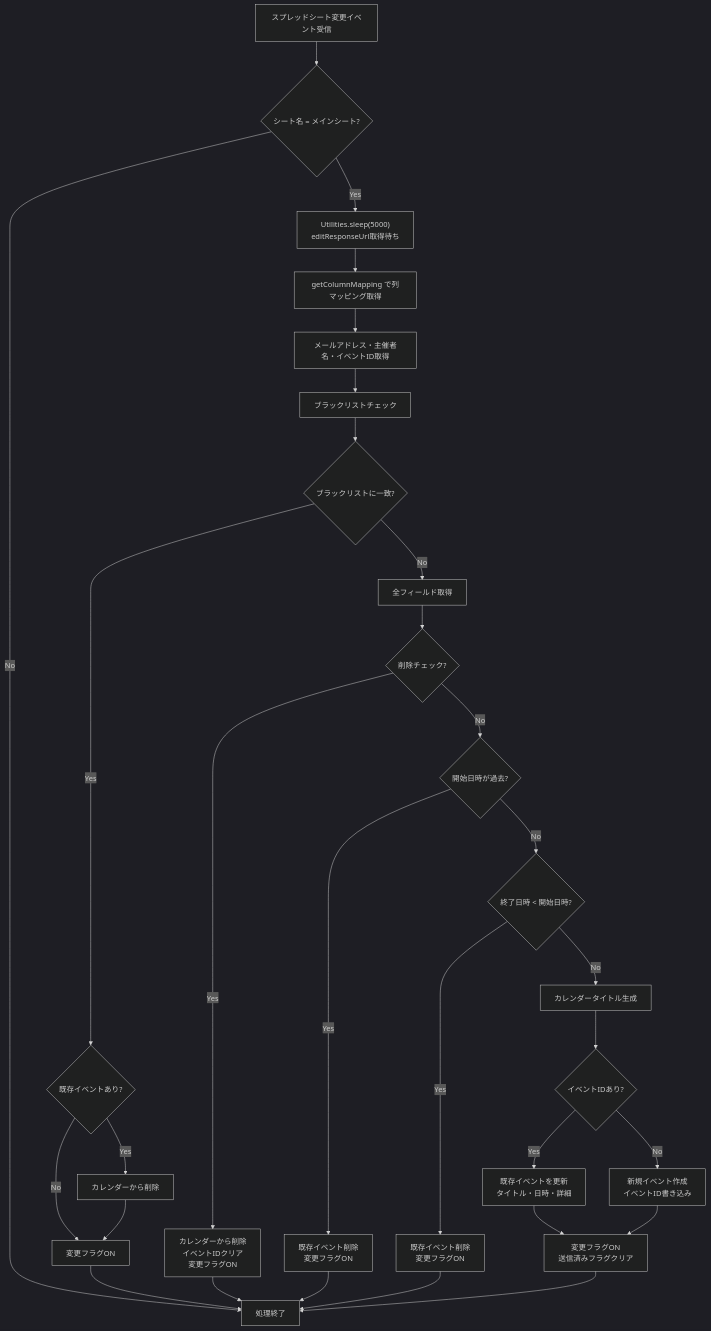
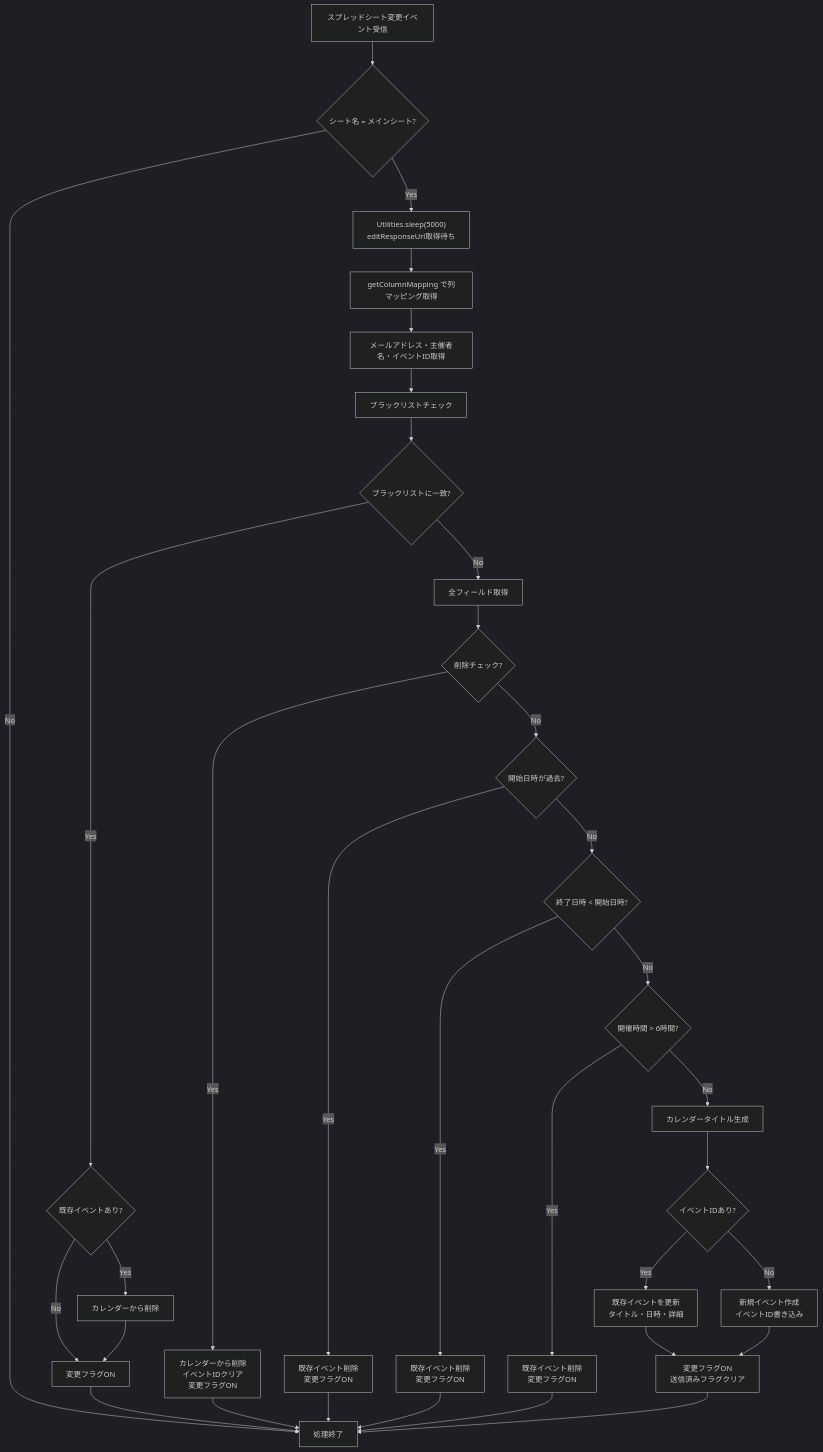
One commit to cuckoo000/vrc-calendar-gas changed the fourth of 7 diagrams in docs/functional-design.md. Above: the diagram before and after it, drawn with Mermaid (dark theme). The commit also changed other lines of this file and 1 other file, not shown here.

Commit message:
feat: 6時間超過イベントのバリデーションチェックを追加
- createOrUpdateCalendarEvent()に6時間超過チェックを追加（逆転チェックの後）
- sendAggregatedEmails()に6時間超過の通知メール分岐を追加
- docs/functional-design.mdにバリデーションルールを反映

````diff
--- a/docs/functional-design.md
+++ b/docs/functional-design.md
@@ -198,37 +198,41 @@
 ```mermaid
 flowchart TD
     A[スプレッドシート変更イベント受信] --> B{シート名 = メインシート?}
     B -->|No| Z[処理終了]
     B -->|Yes| C["Utilities.sleep(5000)\neditResponseUrl取得待ち"]
     C --> D[getColumnMapping で列マッピング取得]
     D --> E[メールアドレス・主催者名・イベントID取得]
     E --> F[ブラックリストチェック]
 
     F --> G{ブラックリストに一致?}
     G -->|Yes| H{既存イベントあり?}
     H -->|Yes| I[カレンダーから削除]
     H -->|No| J[変更フラグON]
     I --> J
     J --> Z
 
     G -->|No| K[全フィールド取得]
     K --> L{削除チェック?}
     L -->|Yes| M[カレンダーから削除\nイベントIDクリア\n変更フラグON]
     M --> Z
 
     L -->|No| N{開始日時が過去?}
     N -->|Yes| O[既存イベント削除\n変更フラグON]
     O --> Z
 
     N -->|No| P{終了日時 < 開始日時?}
     P -->|Yes| Q[既存イベント削除\n変更フラグON]
     Q --> Z
 
-    P -->|No| R[カレンダータイトル生成]
+    P -->|No| P2{開催時間 > 6時間?}
+    P2 -->|Yes| Q2[既存イベント削除\n変更フラグON]
+    Q2 --> Z
+
+    P2 -->|No| R[カレンダータイトル生成]
     R --> S{イベントIDあり?}
     S -->|Yes| T[既存イベントを更新\nタイトル・日時・詳細]
     S -->|No| U[新規イベント作成\nイベントID書き込み]
     T --> V[変更フラグON\n送信済みフラグクリア]
     U --> V
     V --> Z
 ```
````
